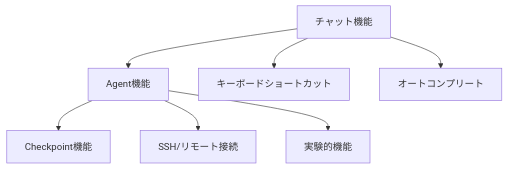
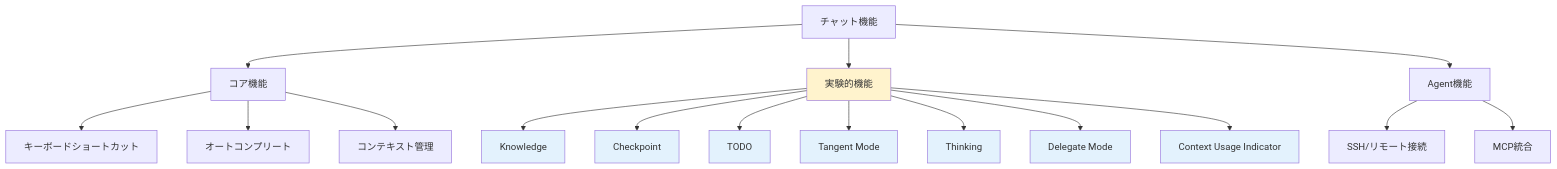
One commit to kamogashira-sys/q-cli-docs changed the diagram in docs/01_for-users/02_features/README.md. Above: the diagram before and after it, drawn with Mermaid. The commit also changed other lines of this file, not shown here.

Commit message:
docs: チャット機能関係図を完全なものに更新
## 変更内容

### 機能関係図の更新
- 欠落していた実験的機能を追加
  - Knowledge
  - TODO
  - Tangent Mode
  - Thinking
  - Delegate Mode
  - Context Usage Indicator
- 依存関係を修正
  - Checkpoint: Agent配下 → 実験的機能配下
  - 実験的機能: Agent配下 → チャット配下
- 構造を改善
  - コア機能を明確化
  - 実験的機能を視覚的に区別（黄色背景）
  - Agent機能にMCP統合を追加

### 凡例の追加
- コア機能、実験的機能、Agent機能の説明を追加
- 実験的機能ガイドへのリンクを追加

## 検証
- GitHubソースコード（25コマンド）と照合
- 01_chat.md（38コマンド）と照合
- 07_experimental.md（4機能）と照合

## 参考
- ソースコード: crates/chat-cli/src/cli/chat/cli/mod.rs
- 作業記録: work_records/20251013/202510131329_chat_features_worklog.md

````diff
--- a/docs/01_for-users/02_features/README.md
+++ b/docs/01_for-users/02_features/README.md
@@ -44,9 +44,30 @@
 ```mermaid
 graph TB
-    Chat[チャット機能] --> Agent[Agent機能]
-    Agent --> Checkpoint[Checkpoint機能]
-    Chat --> Keyboard[キーボードショートカット]
-    Chat --> Autocomplete[オートコンプリート]
+    Chat[チャット機能] --> Core[コア機能]
+    Chat --> Exp[実験的機能]
+    Chat --> Agent[Agent機能]
+    
+    Core --> Keyboard[キーボードショートカット]
+    Core --> Autocomplete[オートコンプリート]
+    Core --> Context[コンテキスト管理]
+    
+    Exp --> Knowledge[Knowledge]
+    Exp --> Checkpoint[Checkpoint]
+    Exp --> TODO[TODO]
+    Exp --> Tangent[Tangent Mode]
+    Exp --> Thinking[Thinking]
+    Exp --> Delegate[Delegate Mode]
+    Exp --> ContextUsage[Context Usage Indicator]
+    
     Agent --> SSH[SSH/リモート接続]
-    Agent --> Exp[実験的機能]
+    Agent --> MCP[MCP統合]
+    
+    style Exp fill:#fff3cd
+    style Knowledge fill:#e3f2fd
+    style Checkpoint fill:#e3f2fd
+    style TODO fill:#e3f2fd
+    style Tangent fill:#e3f2fd
+    style Thinking fill:#e3f2fd
+    style Delegate fill:#e3f2fd
+    style ContextUsage fill:#e3f2fd
 ```
````
